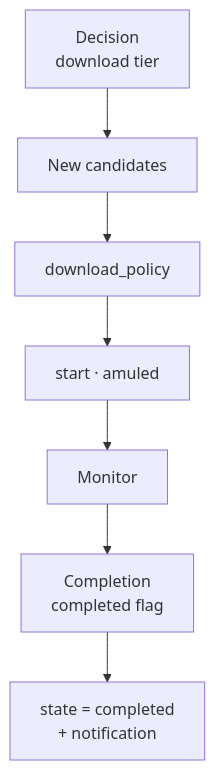
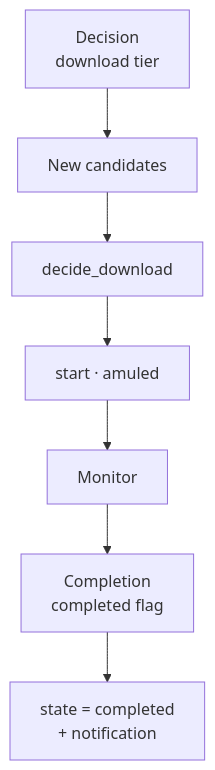
The eighth of 12 diagrams in docs/contributing/architecture.md (mission-titar/p2pwatch), drawn with Mermaid before and after one commit. The commit also changed other lines of this file and 28 other files, not shown here.

````diff
--- a/docs/contributing/architecture.md
+++ b/docs/contributing/architecture.md
@@ -313,13 +313,13 @@
 ```mermaid
 flowchart TD
   dec["Decision<br/>download tier"]
   cand["New candidates"]
-  pol["download_policy"]
+  pol["decide_download"]
   add["start · amuled"]
   mon["Monitor"]
   comp["Completion<br/>completed flag"]
   done["state = completed<br/>+ notification"]
 
   dec --> cand --> pol --> add
   add --> mon --> comp --> done
 ```
````
